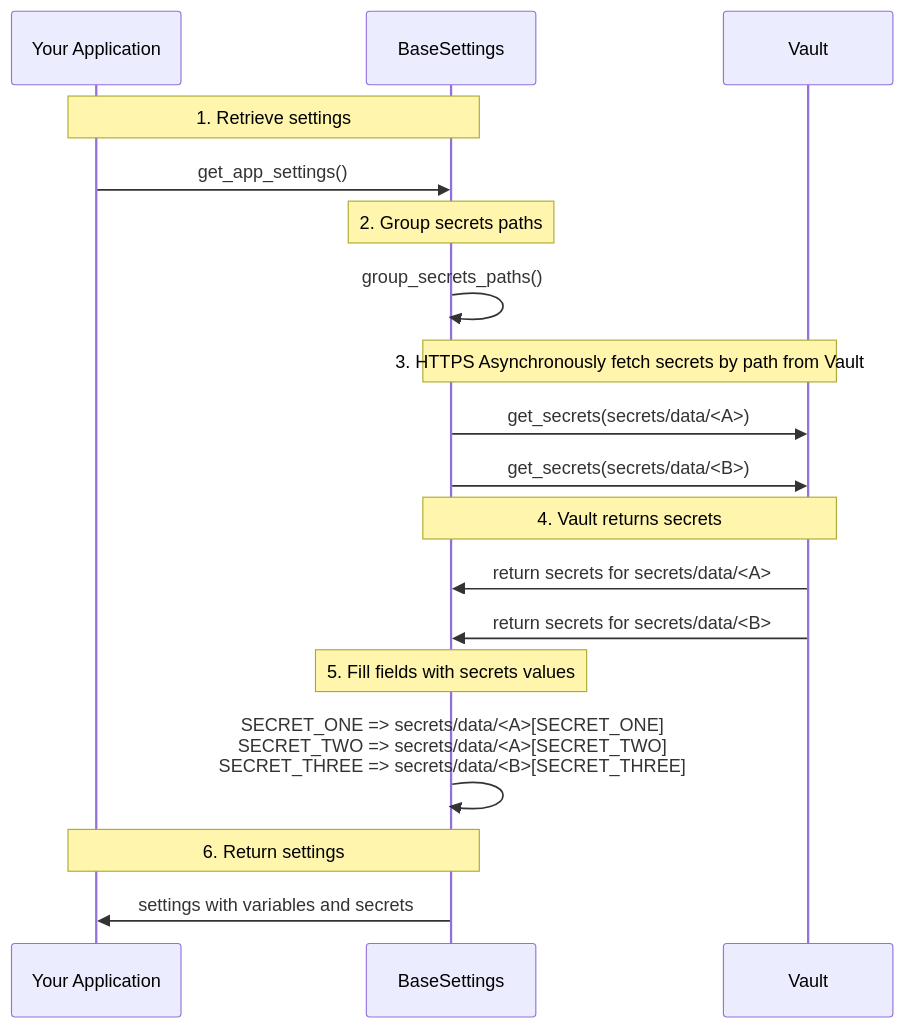
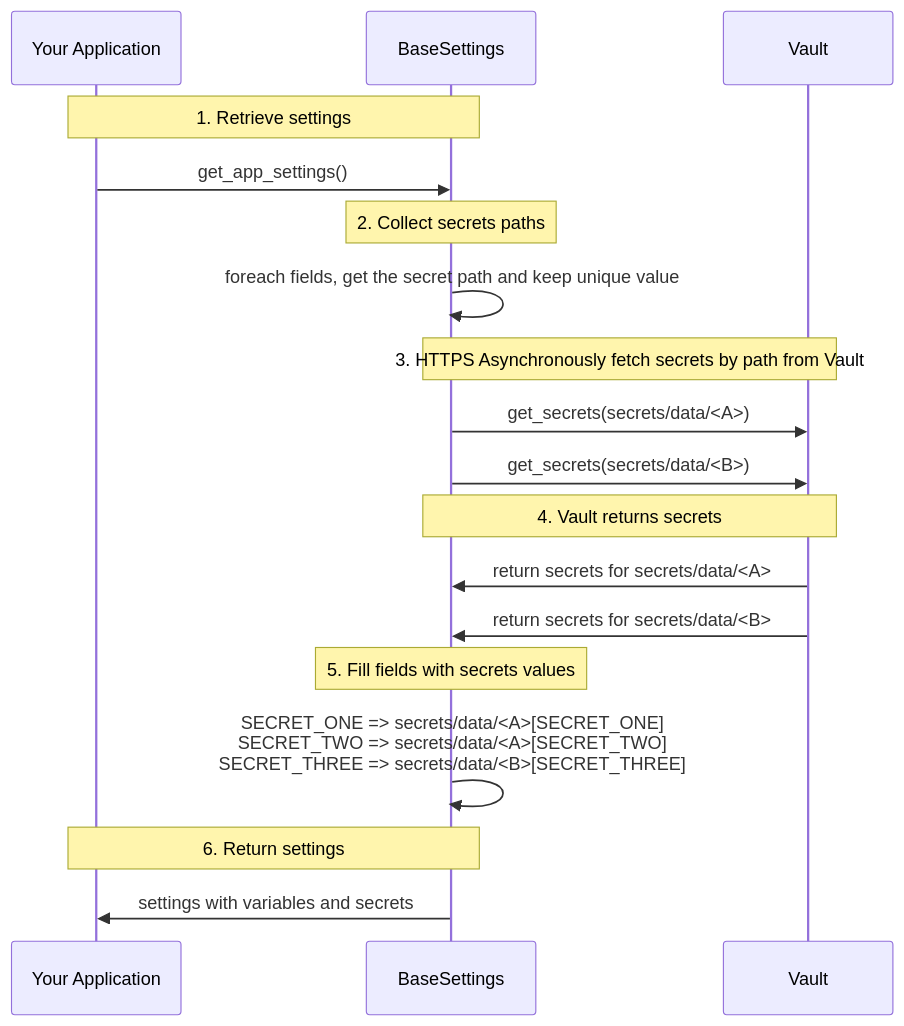
One commit to sylvainmouquet/pydantic2-settings-vault changed the diagram in README.md. Above: the diagram before and after it, drawn with Mermaid.

Commit message:
WIP: Work in progress

````diff
--- a/README.md
+++ b/README.md
@@ -64,20 +64,20 @@
 ```mermaid
 sequenceDiagram
     participant A as Your Application
     participant B as BaseSettings
     participant V as Vault
     note over A,B: 1. Retrieve settings
     A->>B: get_app_settings()
-    note over B: 2. Group secrets paths
-    B->>B: group_secrets_paths()
+    note over B: 2. Collect secrets paths
+    B->>B: foreach fields, get the secret path and keep unique value
     note over B,V: 3. HTTPS Asynchronously fetch secrets by path from Vault
     B->>V: get_secrets(secrets/data/<A>)
     B->>V: get_secrets(secrets/data/<B>)
     note over V,B: 4. Vault returns secrets
     V->>B: return secrets for secrets/data/<A>
     V->>B: return secrets for secrets/data/<B>
     note over B: 5. Fill fields with secrets values
     B->>B: SECRET_ONE => secrets/data/<A>[SECRET_ONE] <br> SECRET_TWO => secrets/data/<A>[SECRET_TWO] <br> SECRET_THREE => secrets/data/<B>[SECRET_THREE]
     note over B,A: 6. Return settings
     B->>A: settings with variables and secrets
 ```
````
